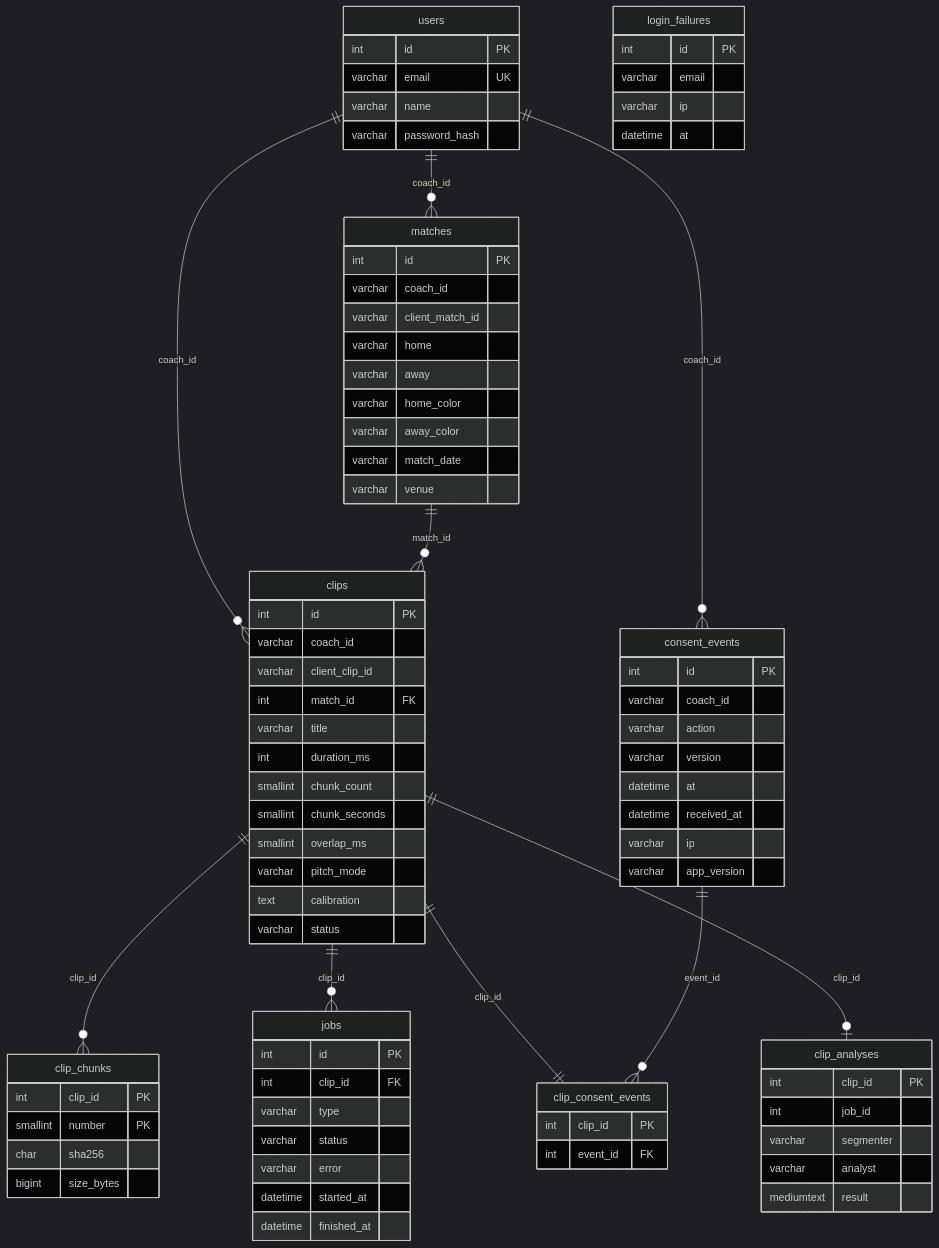
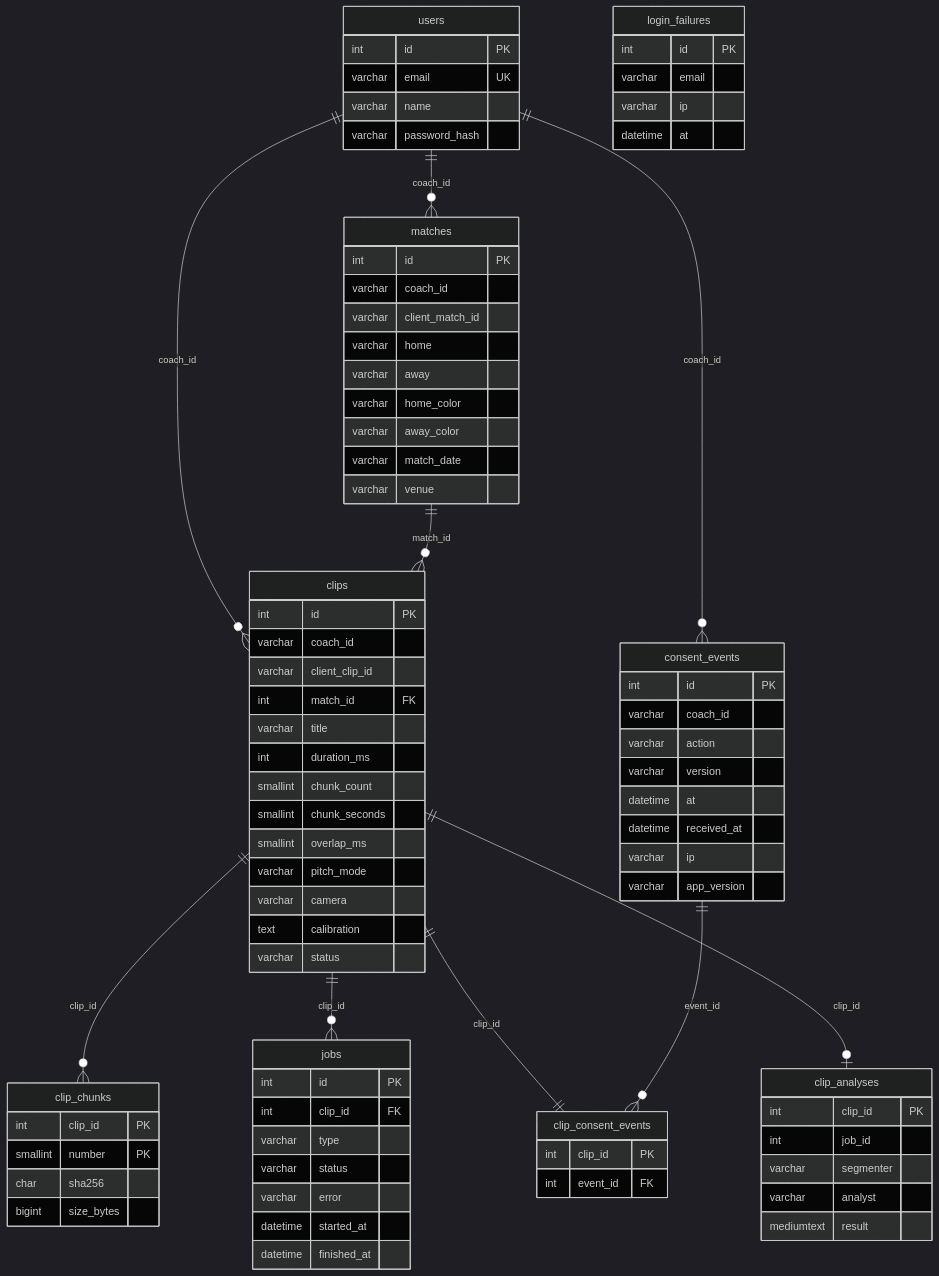
The second of 3 diagrams in docs/arquitectura/03-api.md (pepemxl/meta-ai-hackathon-2026), drawn with Mermaid (dark theme) before and after one commit. The commit also changed other lines of this file and 28 other files, not shown here.

```diff
--- a/docs/arquitectura/03-api.md
+++ b/docs/arquitectura/03-api.md
@@ -105,6 +105,7 @@
         smallint chunk_seconds
         smallint overlap_ms
         varchar pitch_mode
+        varchar camera
         text calibration
         varchar status
     }
```
